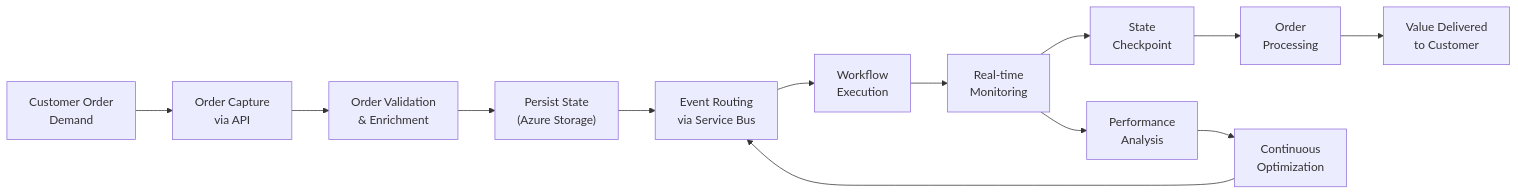
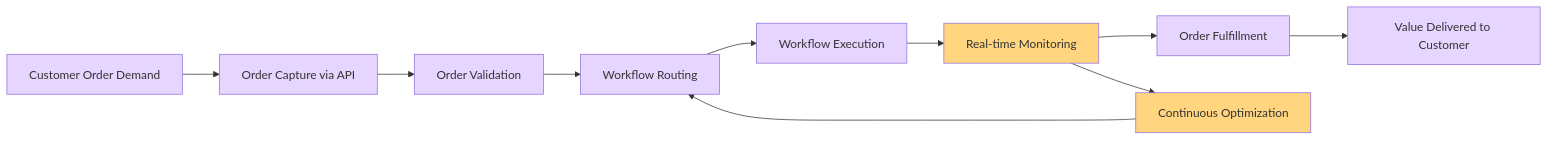
Before and after one commit to Evilazaro/Azure-LogicApps-Monitoring: the second of 12 diagrams in README.md, drawn with Mermaid. The commit also changed other lines of this file, not shown here.

Commit message:
refactor: update flowcharts in README.md for improved clarity and consistency

````diff
--- a/README.md
+++ b/README.md
@@ -232,16 +245,23 @@
 ```mermaid
 flowchart LR
-    Demand["Customer Order<br/>Demand"] --> Capture["Order Capture<br/>via API"]
-    Capture --> Validate["Order Validation<br/>& Enrichment"]
-    Validate --> Persist["Persist State<br/>(Azure Storage)"]
-    Persist --> Route["Event Routing<br/>via Service Bus"]
-    Route --> Execute["Workflow<br/>Execution"]
-    Execute --> Monitor["Real-time<br/>Monitoring"]
-    Monitor --> Checkpoint["State<br/>Checkpoint"]
-    Checkpoint --> Process["Order<br/>Processing"]
-    Process --> Deliver["Value Delivered<br/>to Customer"]
+    Demand["Customer Order Demand"] --> Capture["Order Capture via API"]
+    Capture --> Validate["Order Validation"]
+    Validate --> Route["Workflow Routing"]
+    Route --> Execute["Workflow Execution"]
+    Execute --> Monitor["Real-time Monitoring"]
+    Monitor --> Fulfill["Order Fulfillment"]
+    Fulfill --> Deliver["Value Delivered to Customer"]
     
-    Monitor --> Analyze["Performance<br/>Analysis"]
-    Analyze --> Optimize["Continuous<br/>Optimization"]
+    Monitor --> Optimize["Continuous Optimization"]
     Optimize --> Route
+    
+    style Demand fill:#E6D5FF
+    style Capture fill:#E6D5FF
+    style Validate fill:#E6D5FF
+    style Route fill:#E6D5FF
+    style Execute fill:#E6D5FF
+    style Monitor fill:#FFD580
+    style Fulfill fill:#E6D5FF
+    style Deliver fill:#E6D5FF
+    style Optimize fill:#FFD580
 ```
````
